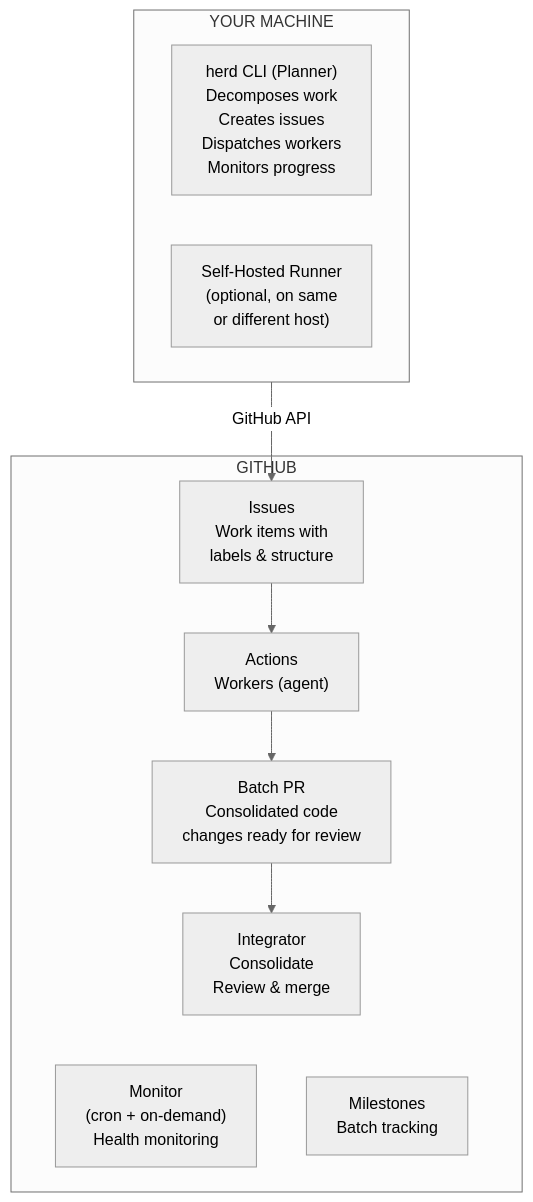
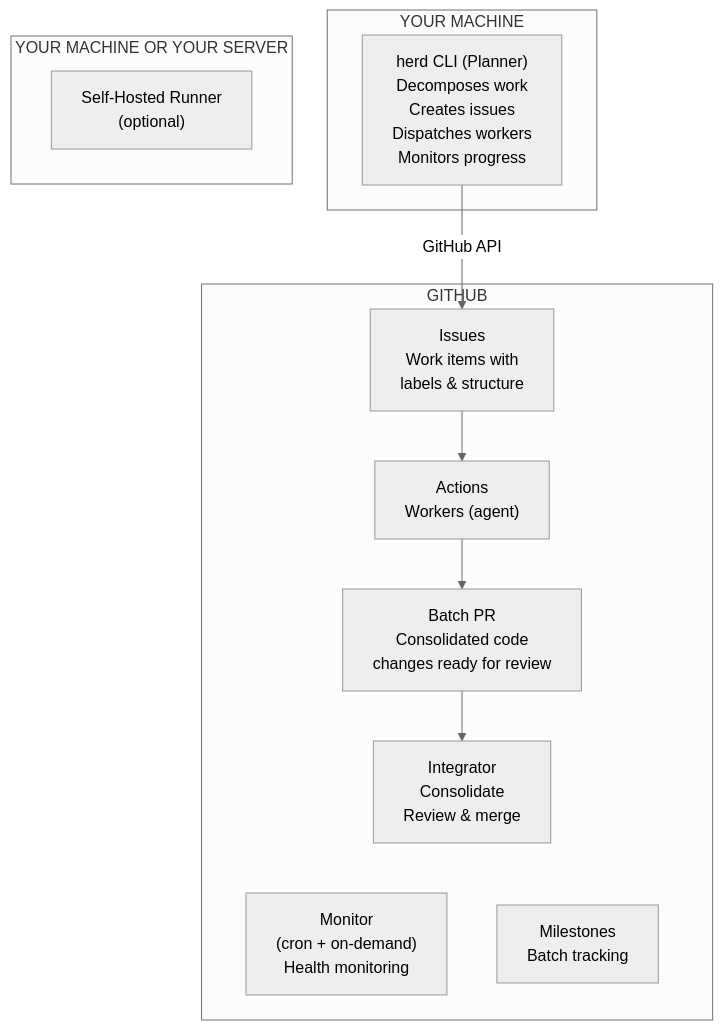
The first of 5 diagrams in docs/design/architecture.md (Herd-OS/herd), drawn with Mermaid (neutral theme) before and after one commit.

Commit message:
fix: extract Self-Hosted Runner into its own container in architecture diagram
Move the Self-Hosted Runner node out of the "YOUR MACHINE" subgraph
into a separate "YOUR MACHINE OR YOUR SERVER" container to clarify
that runners can be hosted anywhere — on the user's local machine
or on a dedicated server.

Closes #345

````diff
--- a/docs/design/architecture.md
+++ b/docs/design/architecture.md
@@ -7,25 +7,27 @@
 ```mermaid
 graph TD
     subgraph Local["YOUR MACHINE"]
-        direction LR
         CLI["herd CLI (Planner)<br>Decomposes work<br>Creates issues<br>Dispatches workers<br>Monitors progress"]
-        Runner["Self-Hosted Runner<br>(optional, on same<br>or different host)"]
+    end
+
+    subgraph RunnerEnv["YOUR MACHINE OR YOUR SERVER"]
+        Runner["Self-Hosted Runner<br>(optional)"]
     end
 
     subgraph Cloud["GITHUB"]
         Issues["Issues<br>Work items with<br>labels & structure"]
         Actions["Actions<br>Workers (agent)"]
         BatchPR["Batch PR<br>Consolidated code<br>changes ready for review"]
         Integrator["Integrator<br>Consolidate<br>Review & merge"]
         Monitor["Monitor<br>(cron + on-demand)<br>Health monitoring"]
         Milestones["Milestones<br>Batch tracking"]
 
         Issues --> Actions
         Actions --> BatchPR
         BatchPR --> Integrator
         Integrator ~~~ Monitor
         Integrator ~~~ Milestones
     end
 
     CLI -->|GitHub API| Issues
 ```
````
